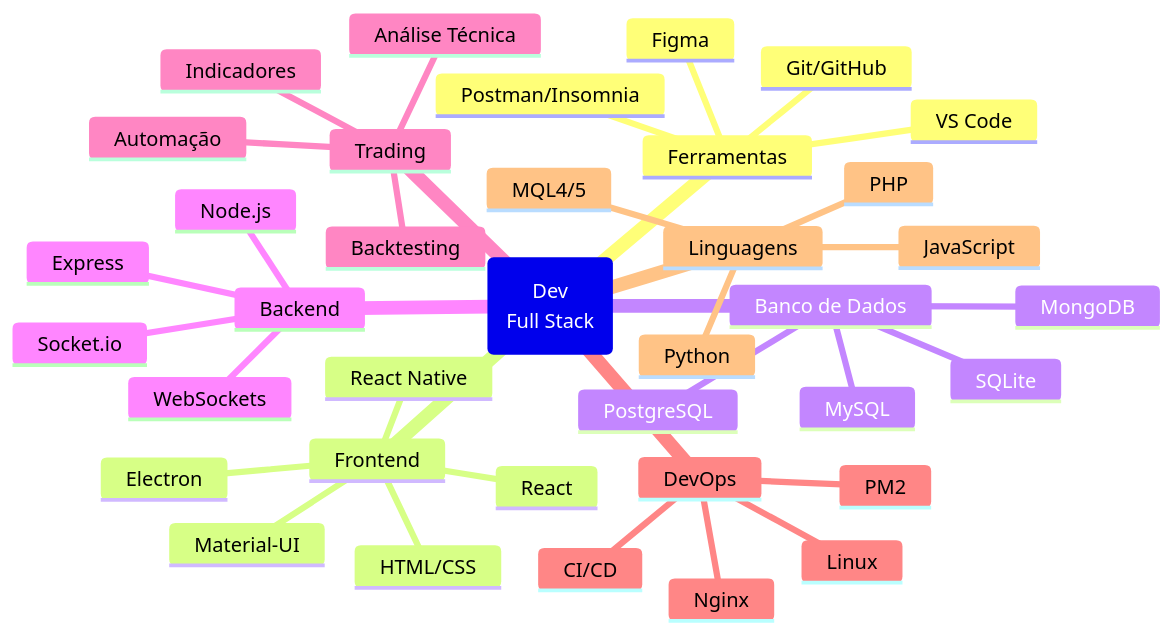
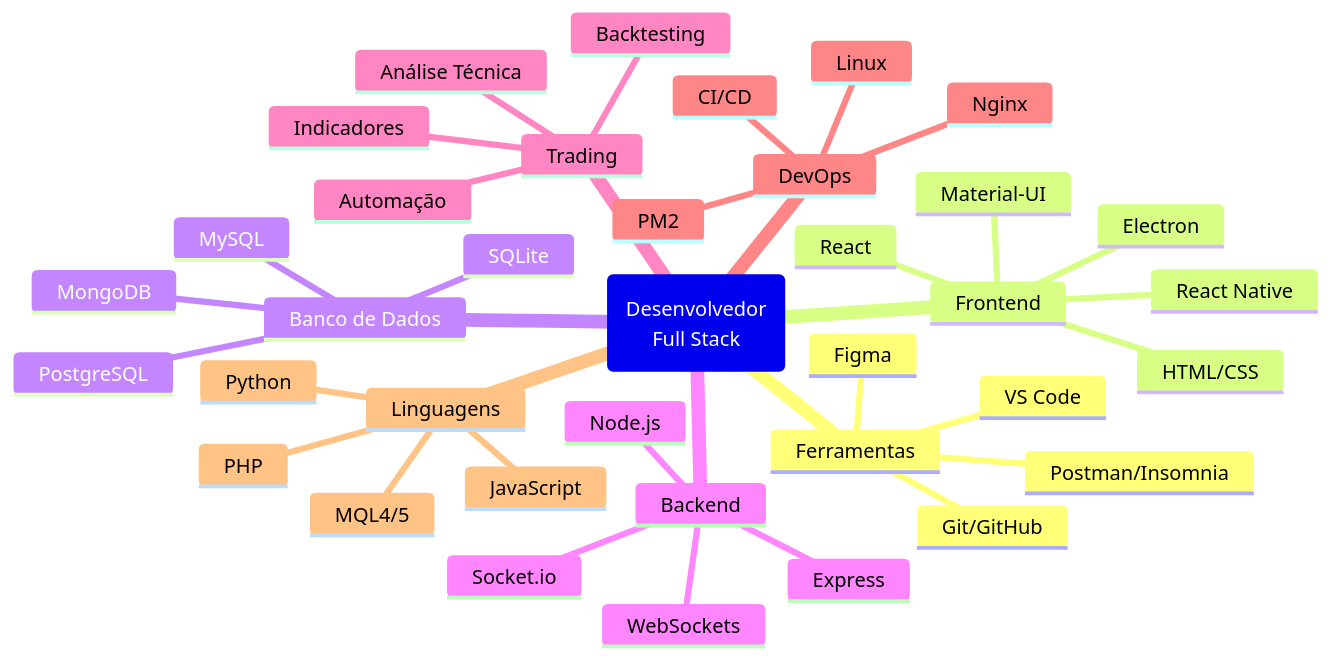
One commit to AlesonPungirum/AlesonPungirum changed the first of 4 diagrams in README.md. Above: the diagram before and after it, drawn with Mermaid.

````diff
--- a/README.md
+++ b/README.md
@@ -38,40 +38,40 @@
 ```mermaid
 mindmap
-  root(Dev<br>Full Stack)
+  root(Desenvolvedor<br>Full Stack)
     Ferramentas
       Git/GitHub
       VS Code
       Postman/Insomnia
       Figma
     Frontend
       React
       HTML/CSS
       Material-UI
       React Native
       Electron
     Banco de Dados
       MongoDB
       MySQL
       PostgreSQL
       SQLite
     Backend
       Node.js
       Socket.io
       Express
       WebSockets
     Trading
       Automação
       Análise Técnica
       Indicadores
       Backtesting
     DevOps
       PM2
       Linux
       Nginx
       CI/CD
     Linguagens
       MQL4/5
       JavaScript
       Python
       PHP
 ```
````
